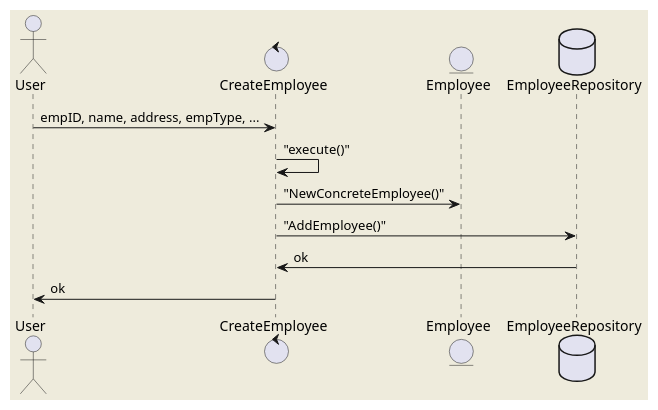
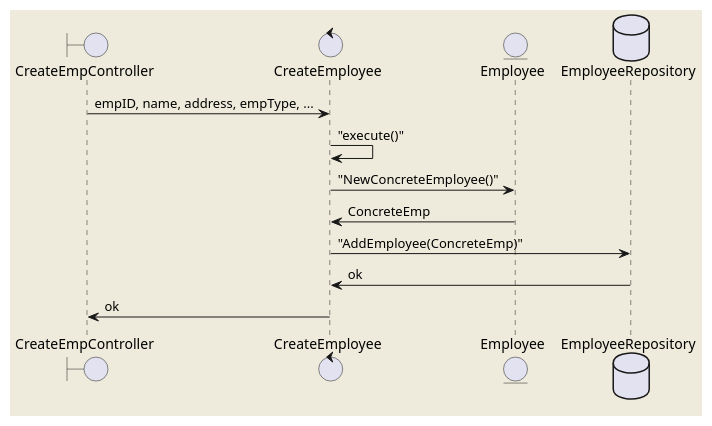
The first of 2 diagrams in src/usecases/internal/createemployee/create-employee.md (chicobaptista/golang-payload-casestudy), drawn with PlantUML before and after one commit. The commit also changed other lines of this file, not shown here.

Commit message:
docs(sequence): detail create employee flow

````diff
--- a/src/usecases/internal/createemployee/create-employee.md
+++ b/src/usecases/internal/createemployee/create-employee.md
@@ -25,15 +25,16 @@
 ```plantuml
 @startuml
     skinparam backgroundColor #EEEBDC
-    actor User
+    boundary CreateEmpController
     control CreateEmployee
-    User->CreateEmployee: empID, name, address, empType, ...
+    CreateEmpController->CreateEmployee: empID, name, address, empType, ...
     CreateEmployee->CreateEmployee: "execute()"
     entity Employee
     CreateEmployee->Employee: "NewConcreteEmployee()"
+    Employee->CreateEmployee:ConcreteEmp
     database EmployeeRepository
-    CreateEmployee->EmployeeRepository: "AddEmployee()"
+    CreateEmployee->EmployeeRepository: "AddEmployee(ConcreteEmp)"
     EmployeeRepository->CreateEmployee:ok
-    CreateEmployee->User:ok
+    CreateEmployee->CreateEmpController:ok
 @enduml
 ```
````
